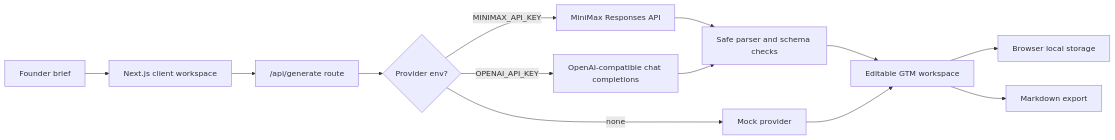
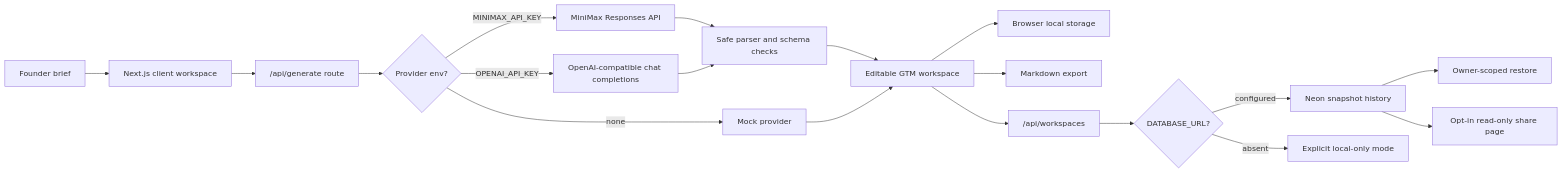
The diagram in README.md (Zhi-Chao-PAN/launchlens-ai), drawn with Mermaid before and after one commit. The commit also changed other lines of this file and 29 other files, not shown here.

````diff
--- a/README.md
+++ b/README.md
@@ -139,15 +167,21 @@
 ```mermaid
 flowchart LR
   A["Founder brief"] --> B["Next.js client workspace"]
   B --> C["/api/generate route"]
   C --> D{"Provider env?"}
   D -->|"none"| E["Mock provider"]
   D -->|"MINIMAX_API_KEY"| F["MiniMax Responses API"]
   D -->|"OPENAI_API_KEY"| G["OpenAI-compatible chat completions"]
   F --> H["Safe parser and schema checks"]
   G --> H
   H --> I["Editable GTM workspace"]
   E --> I
   I --> J["Browser local storage"]
   I --> K["Markdown export"]
+  I --> L["/api/workspaces"]
+  L --> M{"DATABASE_URL?"}
+  M -->|"configured"| N["Neon snapshot history"]
+  M -->|"absent"| O["Explicit local-only mode"]
+  N --> P["Owner-scoped restore"]
+  N --> Q["Opt-in read-only share page"]
 ```
````
